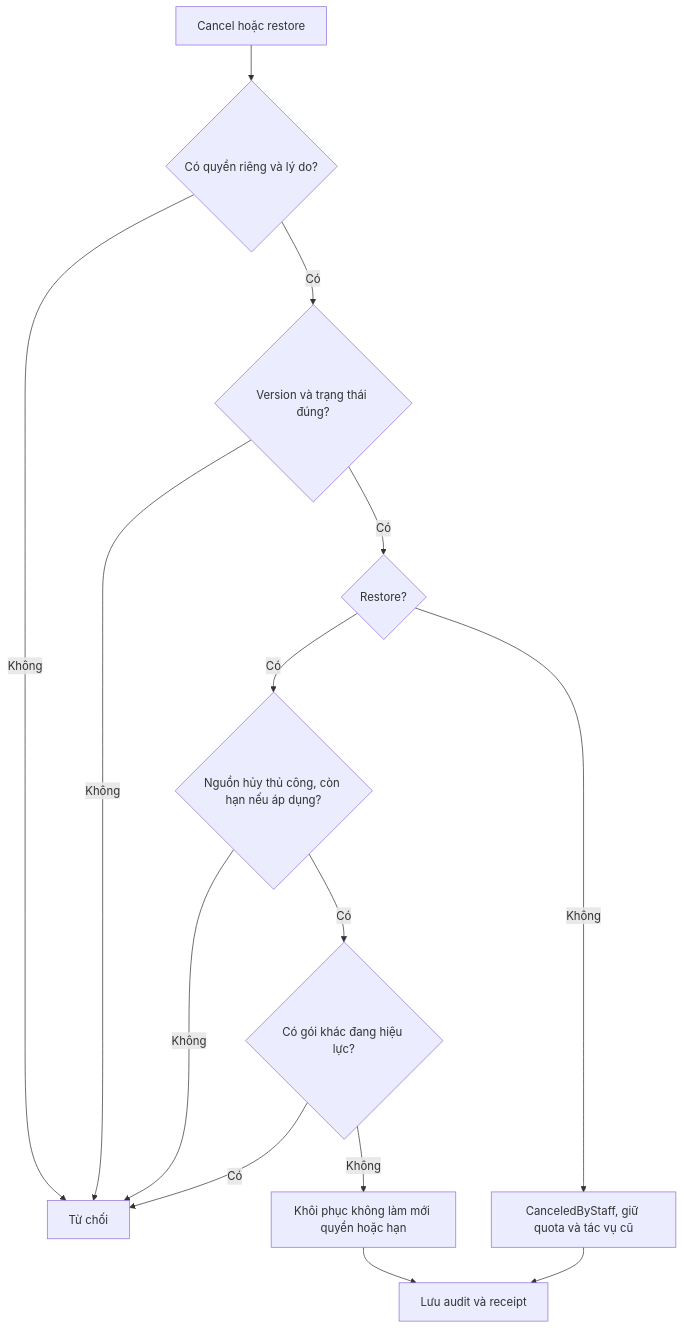
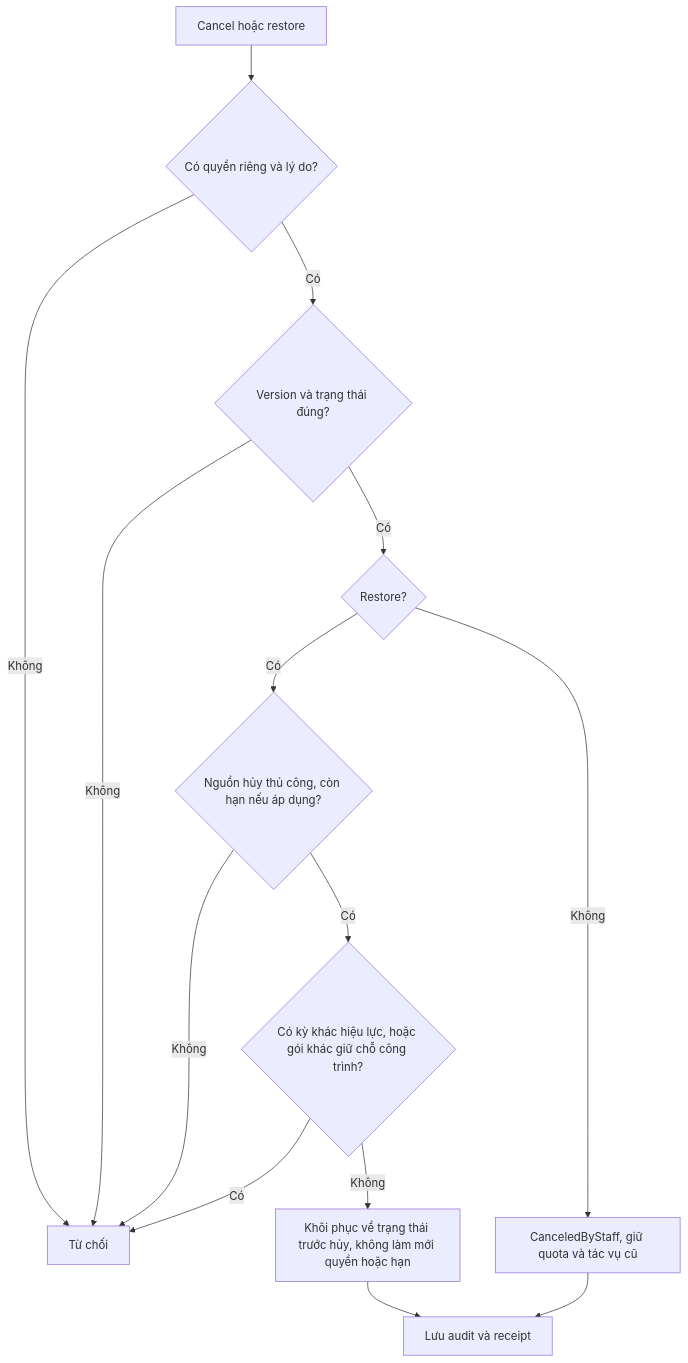
The third of 5 diagrams in tdd/TDD-SUB-005.md (TaskCoper/bmt-documentation), drawn with Mermaid before and after one commit. The commit also changed other lines of this file and 19 other files, not shown here.

````diff
--- a/tdd/TDD-SUB-005.md
+++ b/tdd/TDD-SUB-005.md
@@ -157,16 +159,16 @@
 ```mermaid
 flowchart TD
     A[Cancel hoặc restore] --> B{Có quyền riêng và lý do?}
     B -->|Không| X[Từ chối]
     B -->|Có| C{Version và trạng thái đúng?}
     C -->|Không| X
     C -->|Có| D{Restore?}
     D -->|Không| H[CanceledByStaff, giữ quota và tác vụ cũ]
     D -->|Có| E{Nguồn hủy thủ công, còn hạn nếu áp dụng?}
     E -->|Không| X
-    E -->|Có| F{Có gói khác đang hiệu lực?}
+    E -->|Có| F{Có kỳ khác hiệu lực, hoặc gói khác giữ chỗ công trình?}
     F -->|Có| X
-    F -->|Không| G[Khôi phục không làm mới quyền hoặc hạn]
+    F -->|Không| G[Khôi phục về trạng thái trước hủy, không làm mới quyền hoặc hạn]
     G --> I[Lưu audit và receipt]
     H --> I
 ```
````
